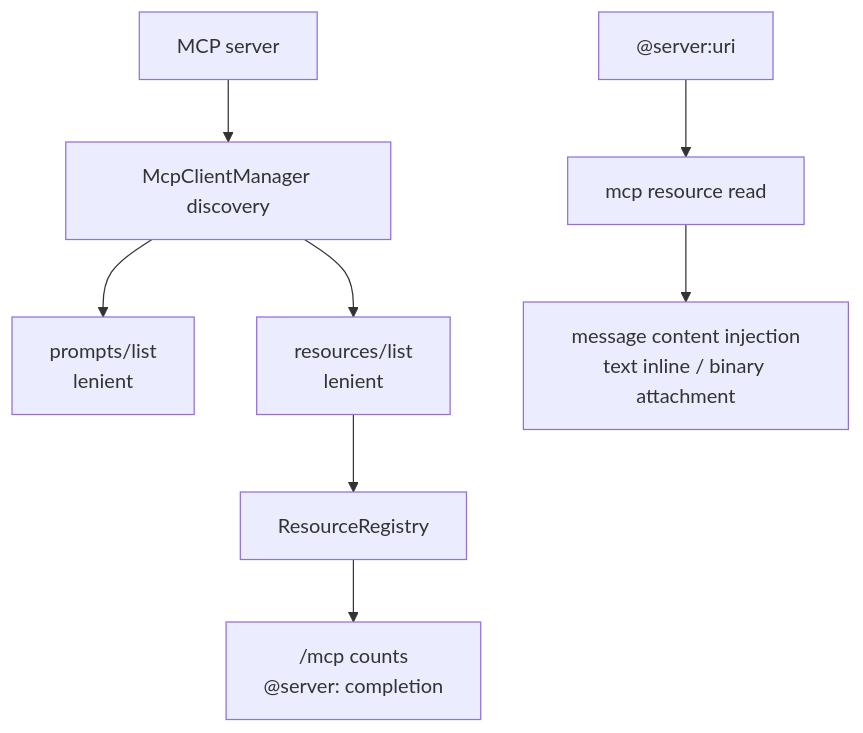
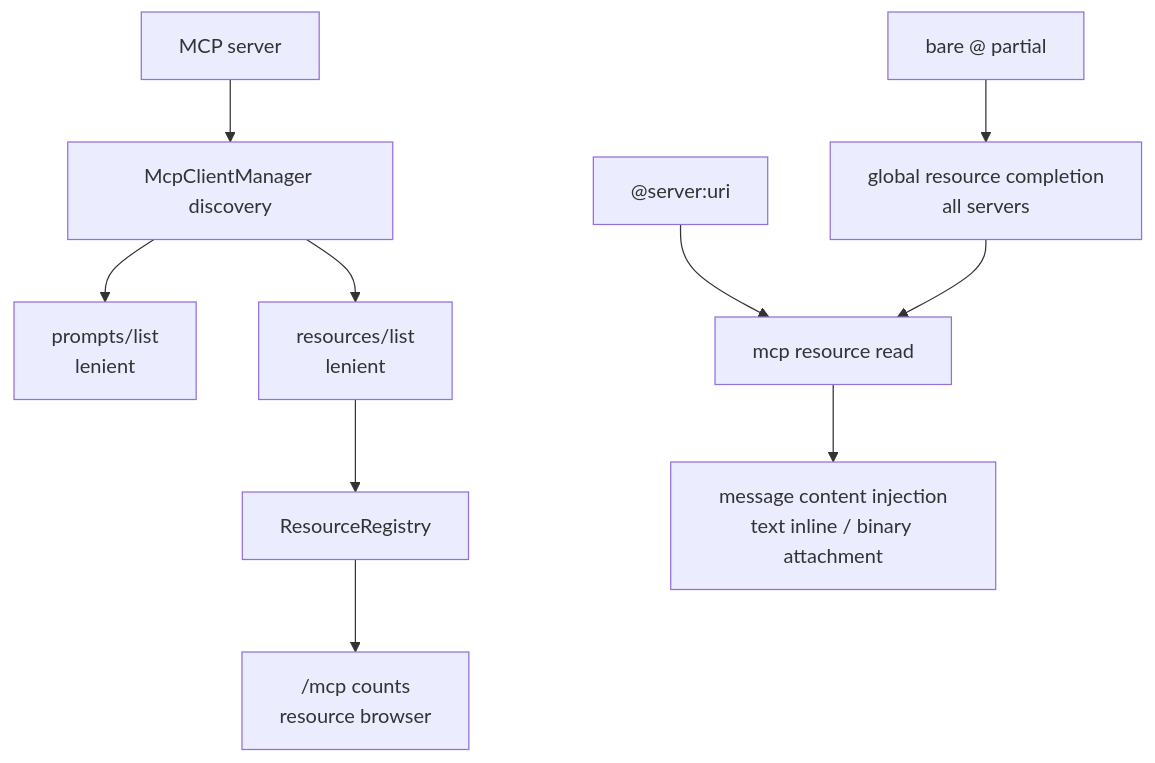
The diagram in qwen-code/feature/mcp-resources-prompts.md (doudouOUC/code_agent), drawn with Mermaid before and after one commit. The commit also changed other lines of this file and 12 other files, not shown here.

````diff
--- a/qwen-code/feature/mcp-resources-prompts.md
+++ b/qwen-code/feature/mcp-resources-prompts.md
@@ -21,10 +23,12 @@
 ```mermaid
 flowchart TB
   MCP["MCP server"] --> DISC["McpClientManager discovery"]
   DISC --> PROMPTS["prompts/list<br/>lenient"]
   DISC --> RESLIST["resources/list<br/>lenient"]
   RESLIST --> REG["ResourceRegistry"]
-  REG --> UI["/mcp counts<br/>@server: completion"]
+  REG --> UI["/mcp counts<br/>resource browser"]
   USER["@server:uri"] --> READ["mcp resource read"]
+  USER2["bare @ partial"] --> GLOB["global resource completion<br/>all servers"]
+  GLOB --> READ
   READ --> INJECT["message content injection<br/>text inline / binary attachment"]
 ```
````
